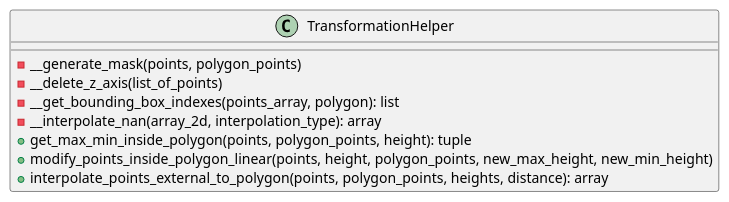
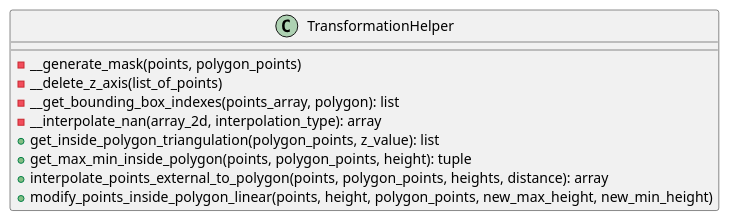
Before and after one commit to ferpoble2/Relief_Creator: the diagram in docs/classes/TransformationHelper.puml, drawn with PlantUML. The commit also changed 1 other file, not shown here.

Commit message:
Added method get inside polygon triangulation to transformation helper

```diff
--- a/docs/classes/TransformationHelper.puml
+++ b/docs/classes/TransformationHelper.puml
@@ -1,15 +1,16 @@
 @startuml
 'https://plantuml.com/class-diagram
 
 class TransformationHelper {
 
     - __generate_mask(points, polygon_points)
     - __delete_z_axis(list_of_points)
     - __get_bounding_box_indexes(points_array, polygon): list
     - __interpolate_nan(array_2d, interpolation_type): array
+    + get_inside_polygon_triangulation(polygon_points, z_value): list
     + get_max_min_inside_polygon(points, polygon_points, height): tuple
+    + interpolate_points_external_to_polygon(points, polygon_points, heights, distance): array
     + modify_points_inside_polygon_linear(points, height, polygon_points, new_max_height, new_min_height)
-    + interpolate_points_external_to_polygon(points, polygon_points, heights, distance): array
 }
 
 @enduml
```
